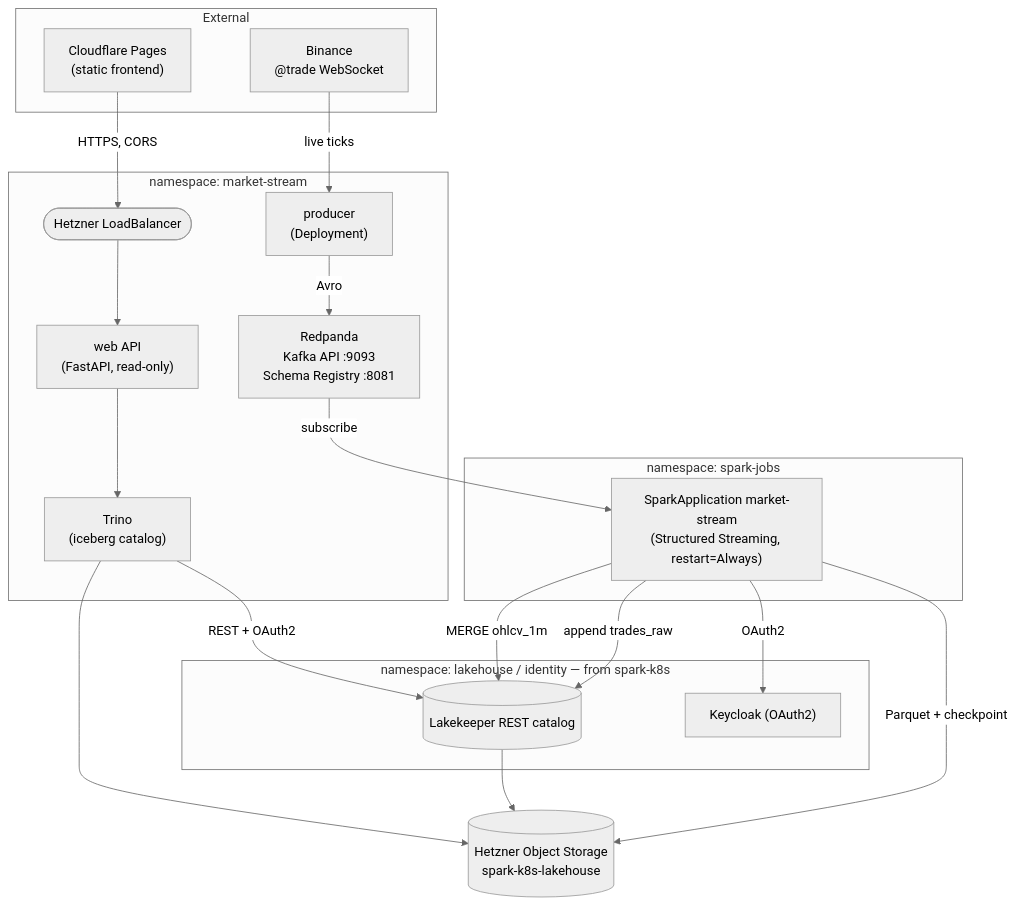
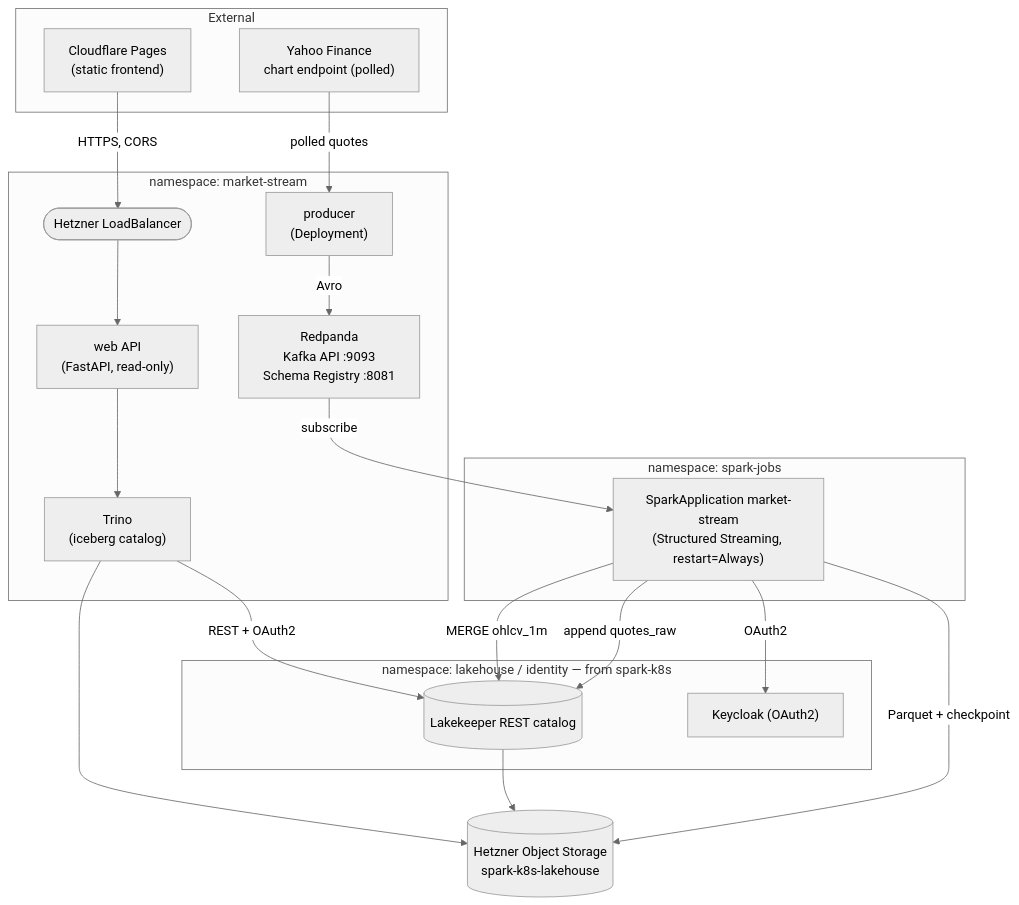
Before and after one commit to Shaked98/market-stream: the first of 2 diagrams in docs/architecture.md, drawn with Mermaid (neutral theme). The commit also changed other lines of this file and 41 other files, not shown here.

First line of the commit message:
Convert pipeline from crypto to stocks (Yahoo Finance) + architecture diagram

````diff
--- a/docs/architecture.md
+++ b/docs/architecture.md
@@ -9,38 +9,38 @@
 ```mermaid
 flowchart TB
   subgraph ext[External]
-    BIN["Binance<br/>@trade WebSocket"]
+    BIN["Yahoo Finance<br/>chart endpoint (polled)"]
     CF["Cloudflare Pages<br/>(static frontend)"]
   end
 
   subgraph ms[namespace: market-stream]
     PROD["producer<br/>(Deployment)"]
     RP["Redpanda<br/>Kafka API :9093<br/>Schema Registry :8081"]
     TR["Trino<br/>(iceberg catalog)"]
     API["web API<br/>(FastAPI, read-only)"]
     LB(["Hetzner LoadBalancer"])
   end
 
   subgraph sj[namespace: spark-jobs]
     SPARK["SparkApplication market-stream<br/>(Structured Streaming, restart=Always)"]
   end
 
   subgraph lh[namespace: lakehouse / identity — from spark-k8s]
     LK[("Lakekeeper REST catalog")]
     KC["Keycloak (OAuth2)"]
   end
 
   S3[("Hetzner Object Storage<br/>spark-k8s-lakehouse")]
 
-  BIN -->|live ticks| PROD -->|Avro| RP
+  BIN -->|polled quotes| PROD -->|Avro| RP
   RP -->|subscribe| SPARK
-  SPARK -->|append trades_raw| LK
+  SPARK -->|append quotes_raw| LK
   SPARK -->|MERGE ohlcv_1m| LK
   SPARK -->|OAuth2| KC
   SPARK -->|Parquet + checkpoint| S3
   LK --> S3
   TR -->|REST + OAuth2| LK
   TR --> S3
   API --> TR
   CF -->|HTTPS, CORS| LB --> API
 ```
````
